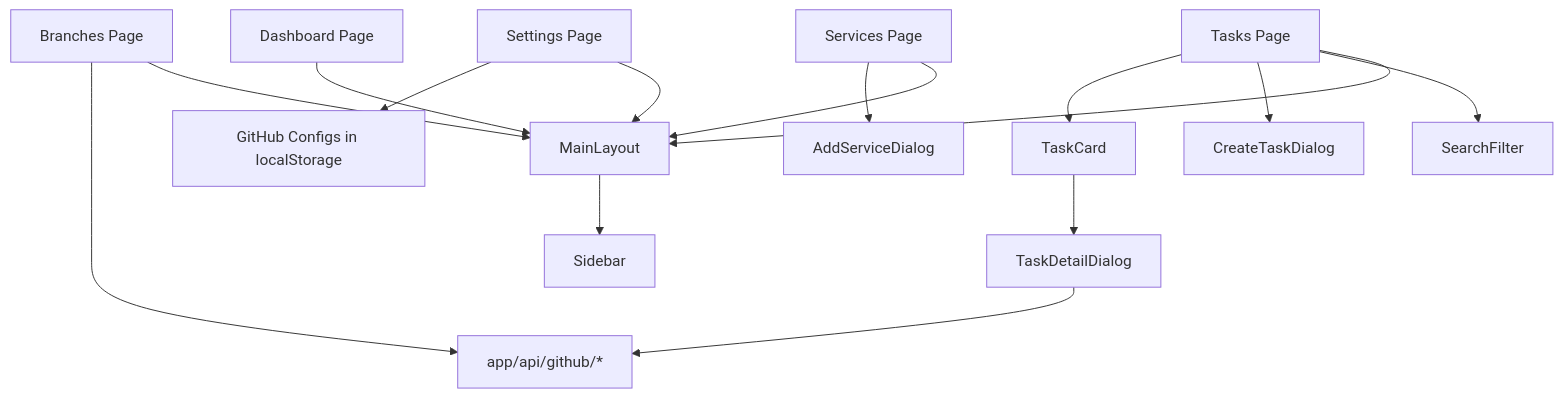
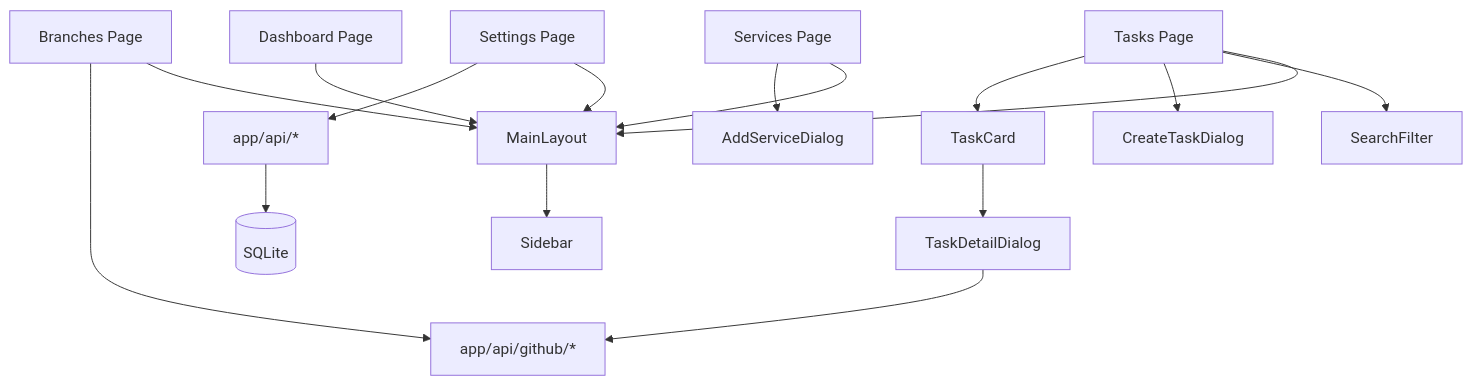
Before and after one commit to ITfisher/kanban-board: the third of 3 diagrams in README.md, drawn with Mermaid. The commit also changed other lines of this file and 11 other files, not shown here.

````diff
--- a/README.md
+++ b/README.md
@@ -100,19 +99,20 @@
 ```mermaid
 graph TD
   MainLayout[MainLayout] --> Sidebar
   DashboardPage[Dashboard Page] --> MainLayout
   TasksPage[Tasks Page] --> MainLayout
   ServicesPage[Services Page] --> MainLayout
   BranchesPage[Branches Page] --> MainLayout
   SettingsPage[Settings Page] --> MainLayout
 
   TasksPage --> SearchFilter
   TasksPage --> CreateTaskDialog
   TasksPage --> TaskCard
   TaskCard --> TaskDetailDialog
 
   ServicesPage --> AddServiceDialog
   TaskDetailDialog --> GithubApi[app/api/github/*]
   BranchesPage --> GithubApi
-  SettingsPage --> GithubConfig[GitHub Configs in localStorage]
+  SettingsPage --> AppApi[app/api/*]
+  AppApi --> Sqlite[(SQLite)]
 ```
````
